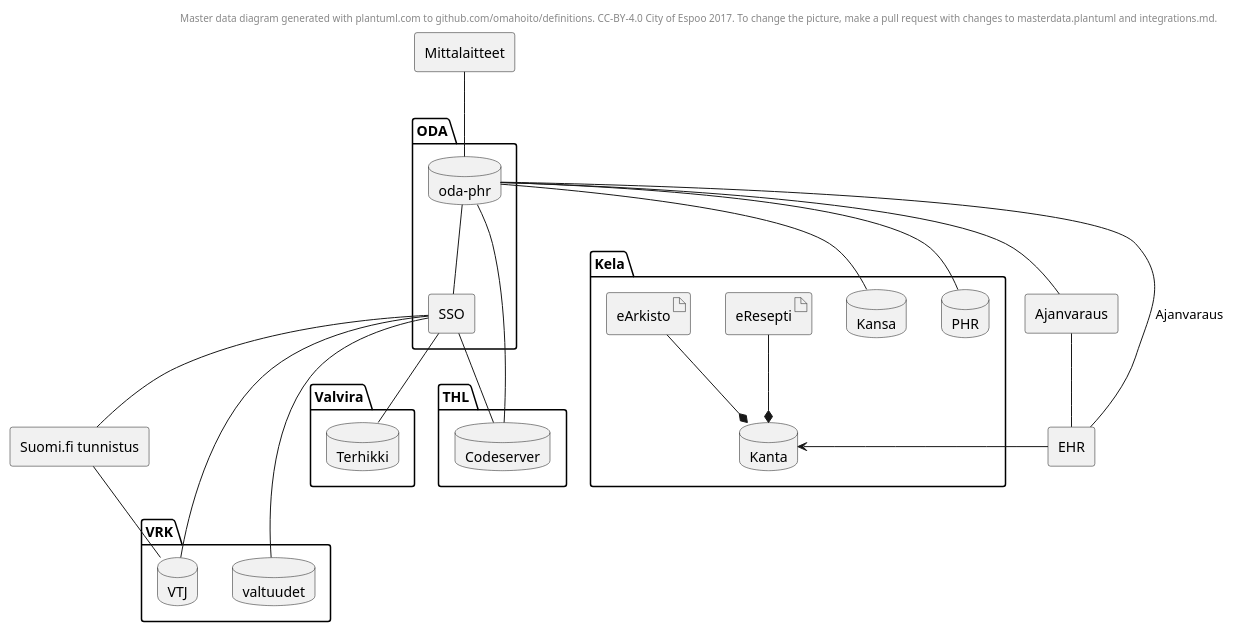
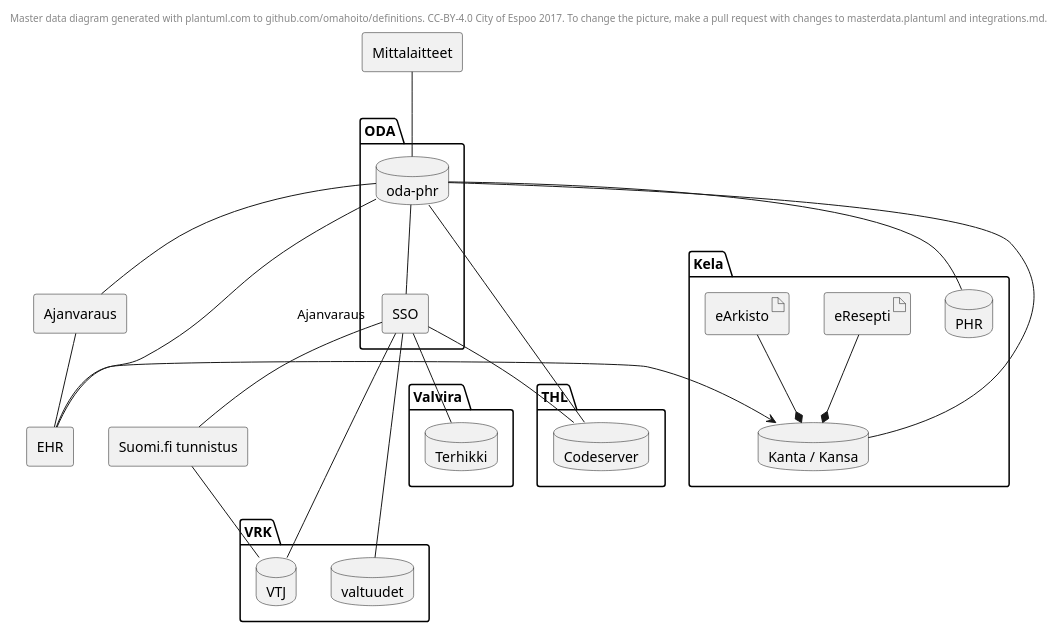
One commit to ruoat/definitions changed the diagram in masterdata.plantuml. Above: the diagram before and after it, drawn with PlantUML. The commit also changed other lines of this file, not shown here.

Commit message:
Updated masterdata picture

```diff
--- a/masterdata.plantuml
+++ b/masterdata.plantuml
@@ -1,69 +2,70 @@
 @startuml
 header
 Master data diagram generated with plantuml.com to github.com/omahoito/definitions. \
 CC-BY-4.0 City of Espoo 2017. \
 To change the picture, make a pull request with changes to masterdata.plantuml and integrations.md.
 endheader
 
+
+
+
 folder Kela {
-    database Kanta
-    database Kansa
+    database Kanta as "Kanta / Kansa"
     database PHR
 
     artifact eResepti
     artifact eArkisto
 
     eResepti --* Kanta
     eArkisto --* Kanta
 }
 
 folder ODA {
     database "oda-phr" as odaphr
     agent SSO
 
     odaphr -- SSO
 }
 
-
-folder VRK {
+  folder VRK {
     database VTJ
     database valtuudet
-}
+  }
 
-folder Valvira {
+  folder Valvira {
     database Terhikki
-}
+ }
 
-folder THL {
-    database Codeserver
-}
+  folder THL {
+     database Codeserver
+  }
+agent "Suomi.fi tunnistus" as suomifi
+suomifi -- VTJ
 
 agent EHR
 
 EHR -> Kanta
 
 
-agent "Suomi.fi tunnistus" as suomifi
-suomifi -- VTJ
 
 agent Ajanvaraus
 
 SSO -- suomifi
 SSO -- Terhikki
 SSO -- Codeserver
 SSO -- VTJ
 SSO -- valtuudet
 
 odaphr -- Codeserver
 odaphr -- Ajanvaraus
 odaphr -- EHR : Ajanvaraus
-odaphr -- Kansa
 odaphr -- PHR
+odaphr -- Kanta
 
 agent Mittalaitteet
 
 Mittalaitteet -- odaphr
 Ajanvaraus -- EHR
 
 
 @enduml
```
